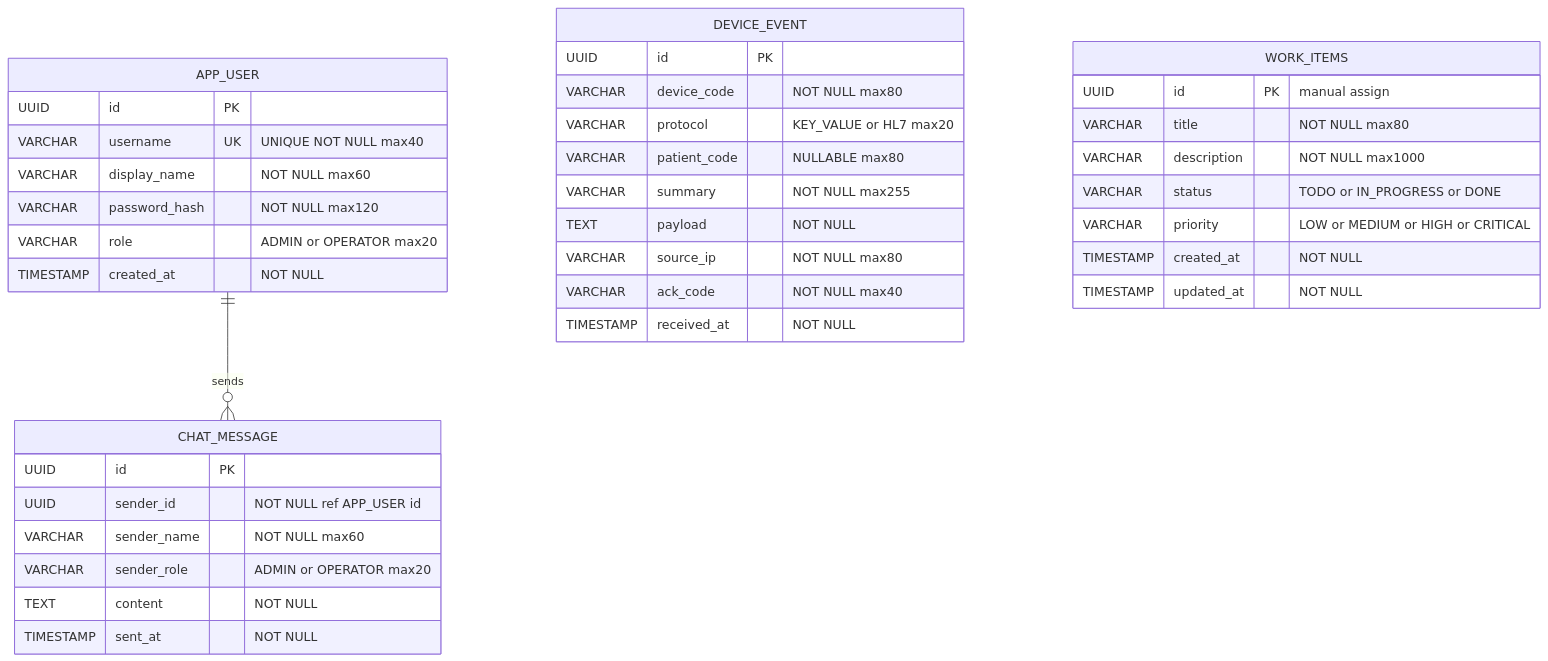
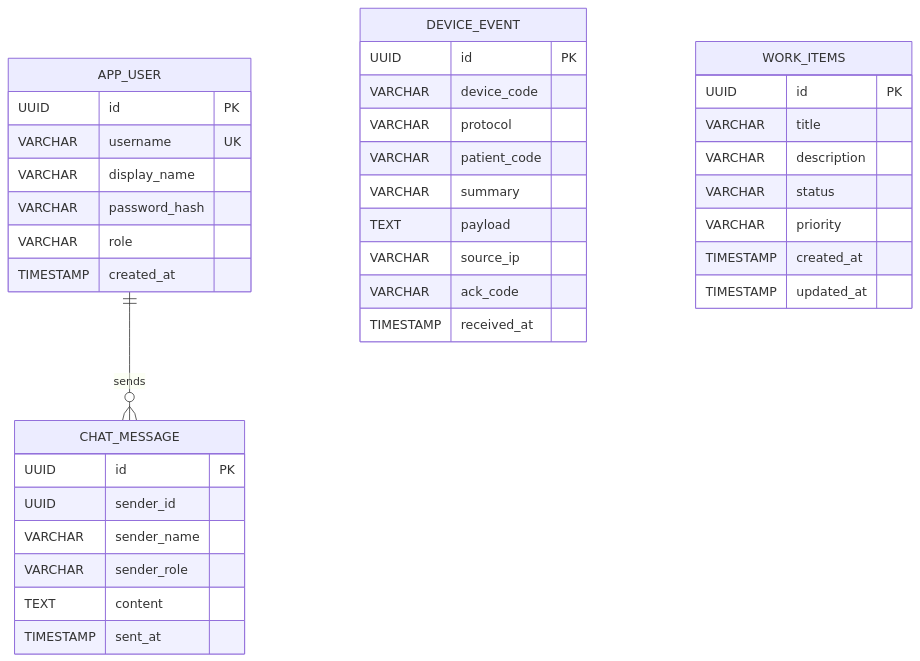
The third of 8 diagrams in README.md (skyleedevzero86/carebridge-platform), drawn with Mermaid before and after one commit. The commit also changed other lines of this file and 23 other files, not shown here.

````diff
--- a/README.md
+++ b/README.md
@@ -216,40 +231,40 @@
 ```mermaid
 erDiagram
     APP_USER {
         UUID id PK
-        VARCHAR username UK "UNIQUE NOT NULL max40"
-        VARCHAR display_name "NOT NULL max60"
-        VARCHAR password_hash "NOT NULL max120"
-        VARCHAR role "ADMIN or OPERATOR max20"
-        TIMESTAMP created_at "NOT NULL"
+        VARCHAR username UK
+        VARCHAR display_name
+        VARCHAR password_hash
+        VARCHAR role
+        TIMESTAMP created_at
     }
     CHAT_MESSAGE {
         UUID id PK
-        UUID sender_id "NOT NULL ref APP_USER id"
-        VARCHAR sender_name "NOT NULL max60"
-        VARCHAR sender_role "ADMIN or OPERATOR max20"
-        TEXT content "NOT NULL"
-        TIMESTAMP sent_at "NOT NULL"
+        UUID sender_id
+        VARCHAR sender_name
+        VARCHAR sender_role
+        TEXT content
+        TIMESTAMP sent_at
     }
     DEVICE_EVENT {
         UUID id PK
-        VARCHAR device_code "NOT NULL max80"
-        VARCHAR protocol "KEY_VALUE or HL7 max20"
-        VARCHAR patient_code "NULLABLE max80"
-        VARCHAR summary "NOT NULL max255"
-        TEXT payload "NOT NULL"
-        VARCHAR source_ip "NOT NULL max80"
-        VARCHAR ack_code "NOT NULL max40"
-        TIMESTAMP received_at "NOT NULL"
+        VARCHAR device_code
+        VARCHAR protocol
+        VARCHAR patient_code
+        VARCHAR summary
+        TEXT payload
+        VARCHAR source_ip
+        VARCHAR ack_code
+        TIMESTAMP received_at
     }
     WORK_ITEMS {
-        UUID id PK "manual assign"
-        VARCHAR title "NOT NULL max80"
-        VARCHAR description "NOT NULL max1000"
-        VARCHAR status "TODO or IN_PROGRESS or DONE"
-        VARCHAR priority "LOW or MEDIUM or HIGH or CRITICAL"
-        TIMESTAMP created_at "NOT NULL"
-        TIMESTAMP updated_at "NOT NULL"
+        UUID id PK
+        VARCHAR title
+        VARCHAR description
+        VARCHAR status
+        VARCHAR priority
+        TIMESTAMP created_at
+        TIMESTAMP updated_at
     }
     APP_USER ||--o{ CHAT_MESSAGE : sends
 ```
````
